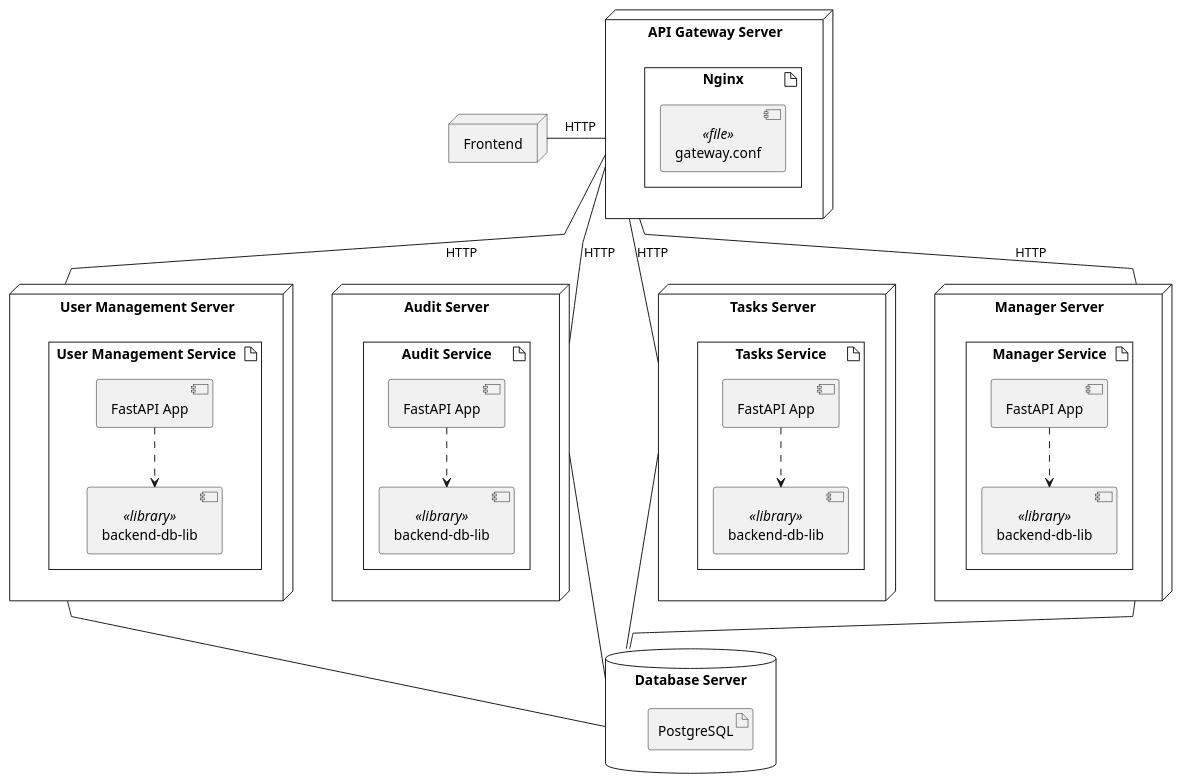
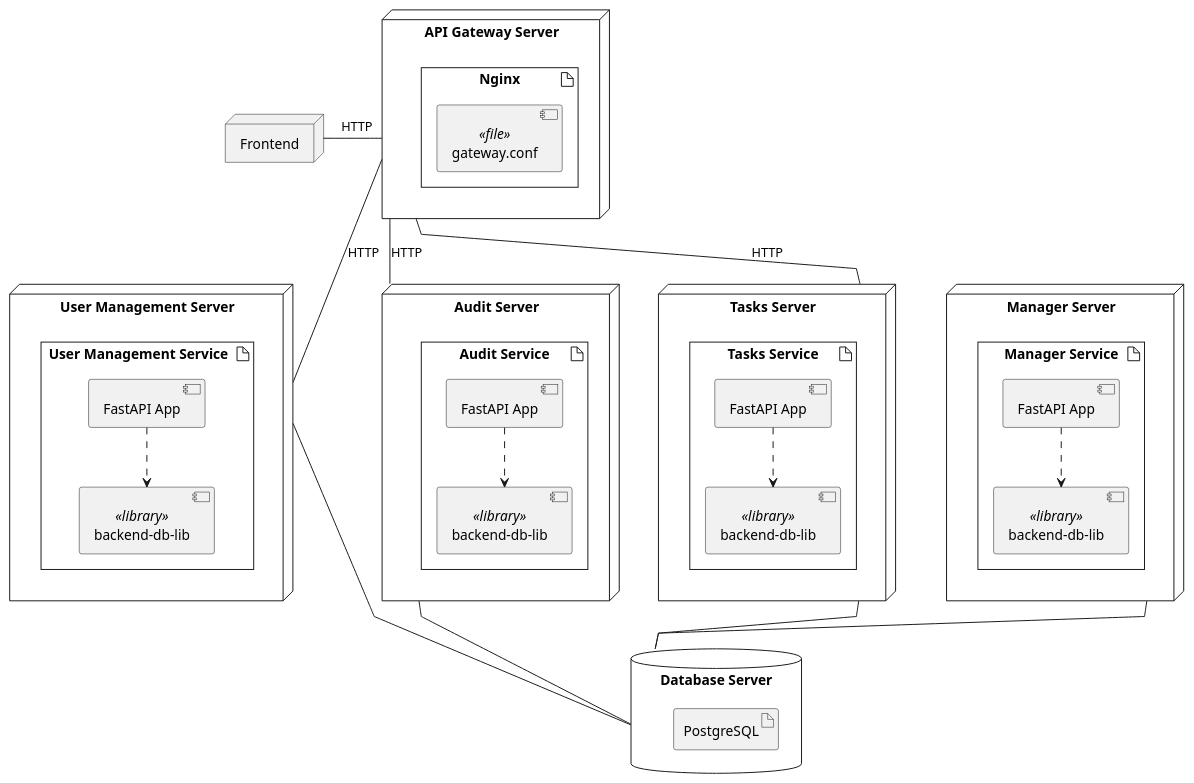
Before and after one commit to Projekt-DataScience/wiki: the diagram in Backend/diagrams/deployment.plantuml, drawn with PlantUML. The commit also changed 1 other file, not shown here.

Commit message:
Remove HTTP Communication from Manager Service

```diff
--- a/Backend/diagrams/deployment.plantuml
+++ b/Backend/diagrams/deployment.plantuml
@@ -1,64 +1,63 @@
 @startuml
 
 top to bottom direction
 skinparam style strictuml
 
 node frontend as "Frontend"
 node api_gateway as "API Gateway Server" {
     artifact gateway as "Nginx" {
         component gateway_cfg as "gateway.conf" << file >>
     }
     
 }
 
 node user_management as "User Management Server" {
     artifact u_service as "User Management Service     " {
         component u_app as "FastAPI App"
         component u_db as "backend-db-lib" << library >>
 
         u_app -[dashed]-> u_db
     }
 }
 node audit as "Audit Server" {
     artifact audit_service as "Audit Service" {
         component audit_app as "FastAPI App"
         component a_db as "backend-db-lib" << library >>
 
         audit_app -[dashed]-> a_db
     }
 }
 node tasks as "Tasks Server" {
     artifact tasks_service as "Tasks Service" {
         component tasks_app as "FastAPI App"
         component t_db as "backend-db-lib" << library >>
 
         tasks_app -[dashed]-> t_db
     }
     
 }
 node manager as "Manager Server" {
     artifact manager_service as "Manager Service" {
         component m_db as "backend-db-lib" << library >>
         component manager_app as "FastAPI App"
 
         manager_app -[dashed]-> m_db
     }
 } 
 database database as "Database Server" {
     artifact postgresql as "PostgreSQL"
 }
 
 skinparam linetype polyline
 
 frontend - api_gateway : HTTP
 api_gateway -- user_management: HTTP
 api_gateway -- audit: HTTP
 api_gateway -- tasks: HTTP
-api_gateway -- manager: HTTP
 
 user_management --- database
 audit --- database 
 tasks --- database
 manager --- database 
 
 @enduml
```
